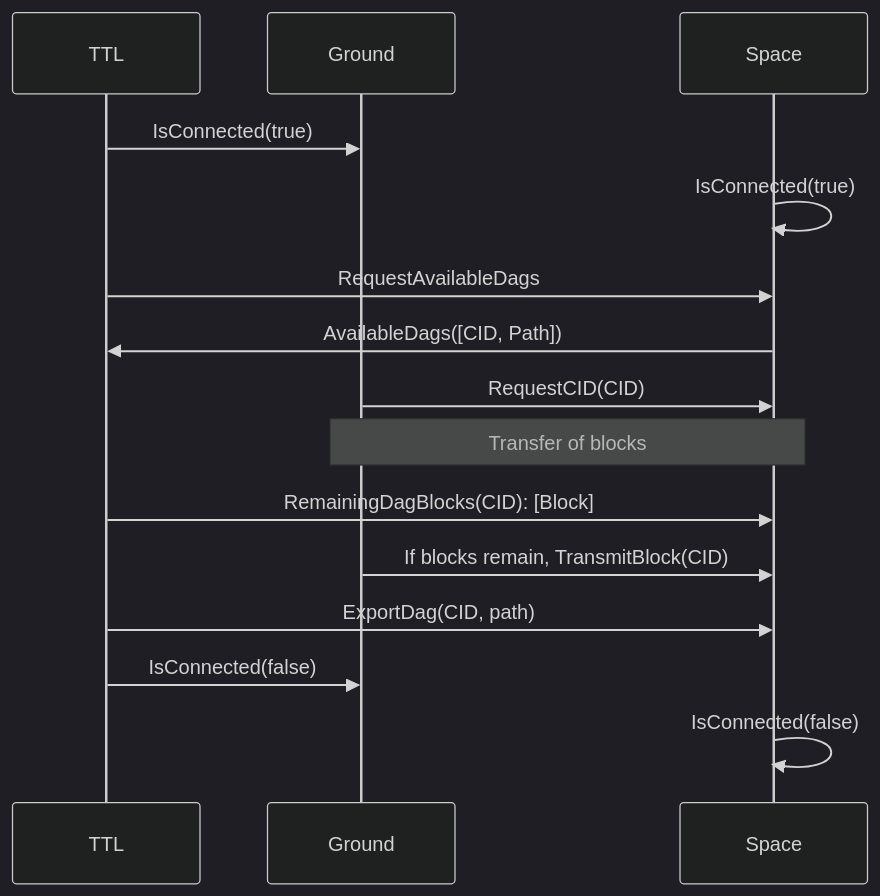
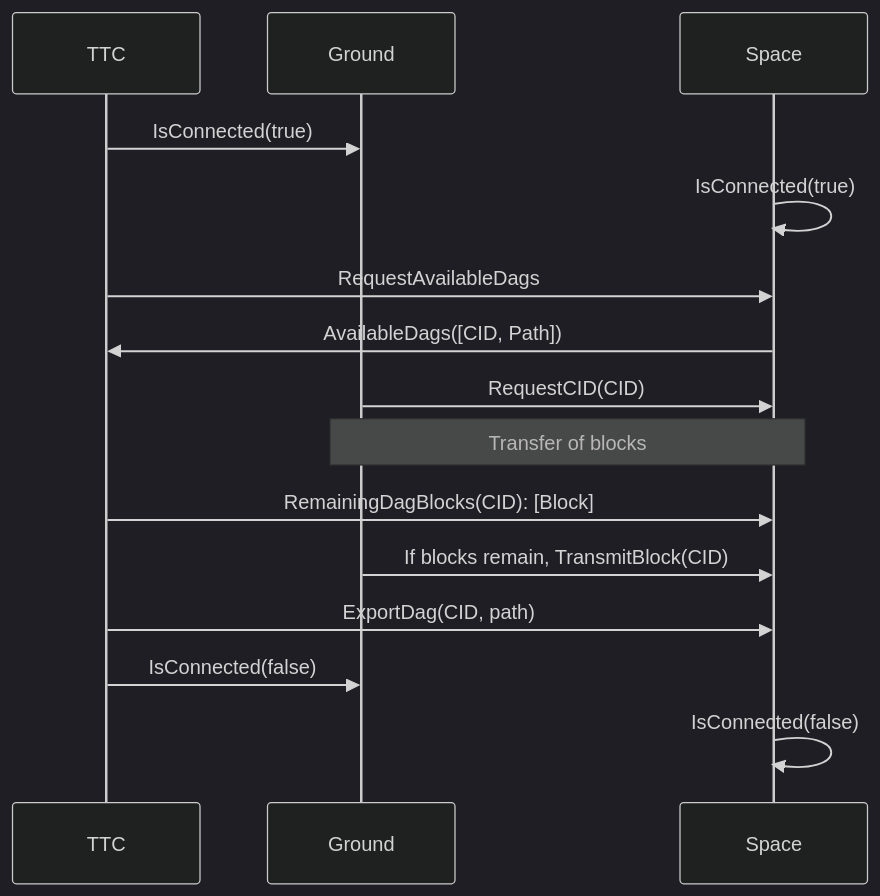
Before and after one commit to ipfs-shipyard/space: the third of 3 diagrams in README.md, drawn with Mermaid (dark theme). The commit also changed other lines of this file, not shown here.

Commit message:
TTL -> TTC

````diff
--- a/README.md
+++ b/README.md
@@ -144,17 +144,17 @@
 ```mermaid
 sequenceDiagram
-    participant TTL
+    participant TTC
     participant Ground
     participant Space
-    TTL->>Ground: IsConnected(true)
+    TTC->>Ground: IsConnected(true)
     Space->>Space: IsConnected(true)
-    TTL->>Space: RequestAvailableDags
-    Space->>TTL: AvailableDags([CID, Path])
+    TTC->>Space: RequestAvailableDags
+    Space->>TTC: AvailableDags([CID, Path])
     Ground->>Space: RequestCID(CID)
     Note over Ground, Space: Transfer of blocks
-    TTL->>Space: RemainingDagBlocks(CID): [Block]
+    TTC->>Space: RemainingDagBlocks(CID): [Block]
     Ground->>Space: If blocks remain, TransmitBlock(CID)
-    TTL->>Space: ExportDag(CID, path)
-    TTL->>Ground: IsConnected(false)
+    TTC->>Space: ExportDag(CID, path)
+    TTC->>Ground: IsConnected(false)
     Space->>Space: IsConnected(false)
 ```
````
